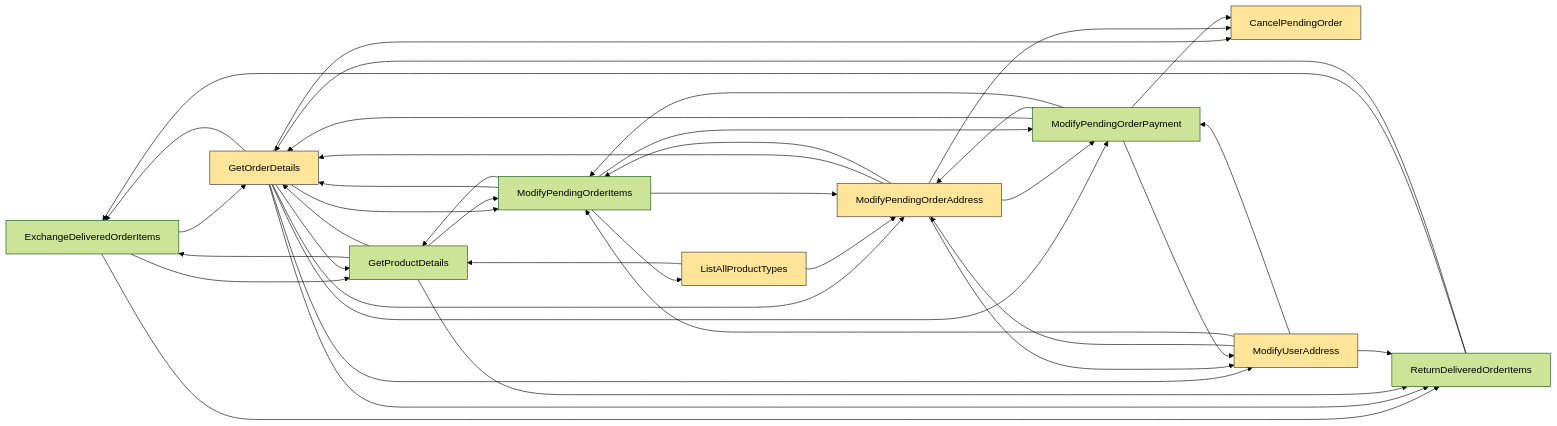
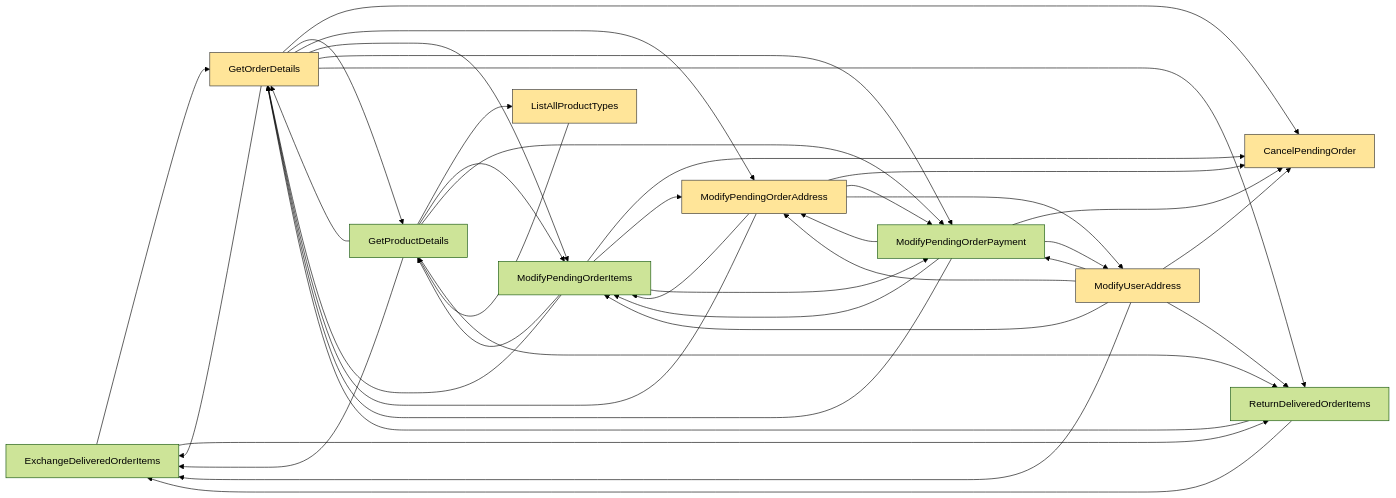
One commit to rishitoshsingh/magnet-tau changed the diagram in output/graphs/openai_gpt-5.2/retail_adjacency_matrix_0.1_graph.md. Above: the diagram before and after it, drawn with Mermaid (forest theme). The commit also changed 222 other files, not shown here.

````diff
--- a/output/graphs/openai_gpt-5.2/retail_adjacency_matrix_0.1_graph.md
+++ b/output/graphs/openai_gpt-5.2/retail_adjacency_matrix_0.1_graph.md
@@ -1,56 +1,57 @@
 ```mermaid
 graph LR
   n0["CancelPendingOrder"]
   style n0 fill:#ffe599,stroke:#333,stroke-width:1px
   n1["ExchangeDeliveredOrderItems"]
   n2["GetOrderDetails"]
   style n2 fill:#ffe599,stroke:#333,stroke-width:1px
   n3["GetProductDetails"]
   n4["ListAllProductTypes"]
   style n4 fill:#ffe599,stroke:#333,stroke-width:1px
   n5["ModifyPendingOrderAddress"]
   style n5 fill:#ffe599,stroke:#333,stroke-width:1px
   n6["ModifyPendingOrderItems"]
   n7["ModifyPendingOrderPayment"]
   n8["ModifyUserAddress"]
   style n8 fill:#ffe599,stroke:#333,stroke-width:1px
   n9["ReturnDeliveredOrderItems"]
   n1 --> n2
-  n1 --> n3
   n1 --> n9
   n2 --> n0
   n2 --> n1
   n2 --> n3
   n2 --> n5
   n2 --> n6
   n2 --> n7
-  n2 --> n8
   n2 --> n9
   n3 --> n1
   n3 --> n2
+  n3 --> n4
   n3 --> n6
+  n3 --> n7
   n3 --> n9
   n4 --> n3
-  n4 --> n5
   n5 --> n0
   n5 --> n2
   n5 --> n6
   n5 --> n7
   n5 --> n8
+  n6 --> n0
   n6 --> n2
   n6 --> n3
-  n6 --> n4
   n6 --> n5
   n6 --> n7
   n7 --> n0
   n7 --> n2
   n7 --> n5
   n7 --> n6
   n7 --> n8
+  n8 --> n0
+  n8 --> n1
   n8 --> n5
   n8 --> n6
   n8 --> n7
   n8 --> n9
   n9 --> n1
   n9 --> n2
 ```
````
